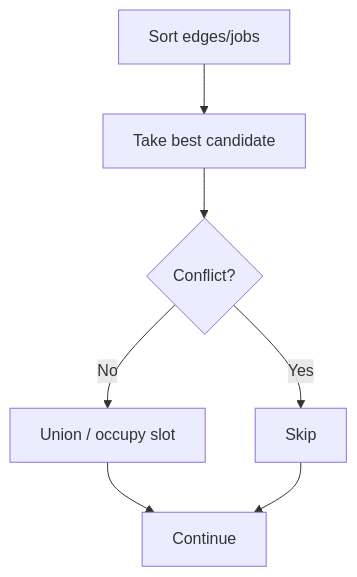
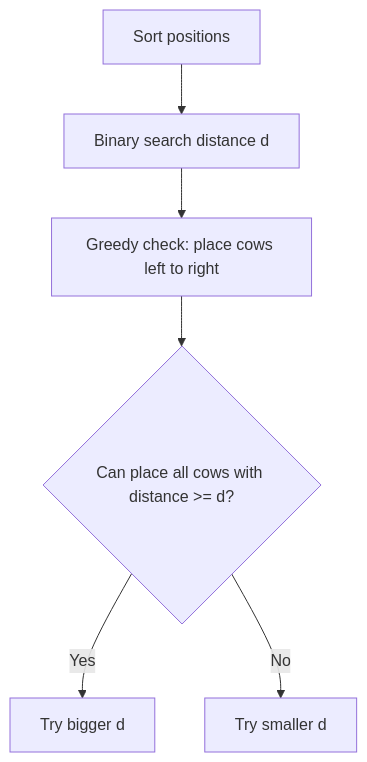
One commit to mthaiseer/springcloud-systemdesign-notes changed diagram 12 of 23 in CP_DSA_NOTES/TOPIC_WISE/greedy_patterns_visual_reference.md. Above: the diagram before and after it, drawn with Mermaid. The commit also changed other lines of this file, not shown here.

````diff
--- a/CP_DSA_NOTES/TOPIC_WISE/greedy_patterns_visual_reference.md
+++ b/CP_DSA_NOTES/TOPIC_WISE/greedy_patterns_visual_reference.md
@@ -524,9 +567,8 @@
 ```mermaid
 flowchart TD
-    A[Sort edges/jobs] --> B[Take best candidate]
-    B --> C{Conflict?}
-    C -- No --> D[Union / occupy slot]
-    C -- Yes --> E[Skip]
-    D --> F[Continue]
-    E --> F
+    A[Sort positions] --> B[Binary search distance d]
+    B --> C[Greedy check: place cows left to right]
+    C --> D{Can place all cows with distance >= d?}
+    D -->|Yes| E[Try bigger d]
+    D -->|No| F[Try smaller d]
 ```
````
